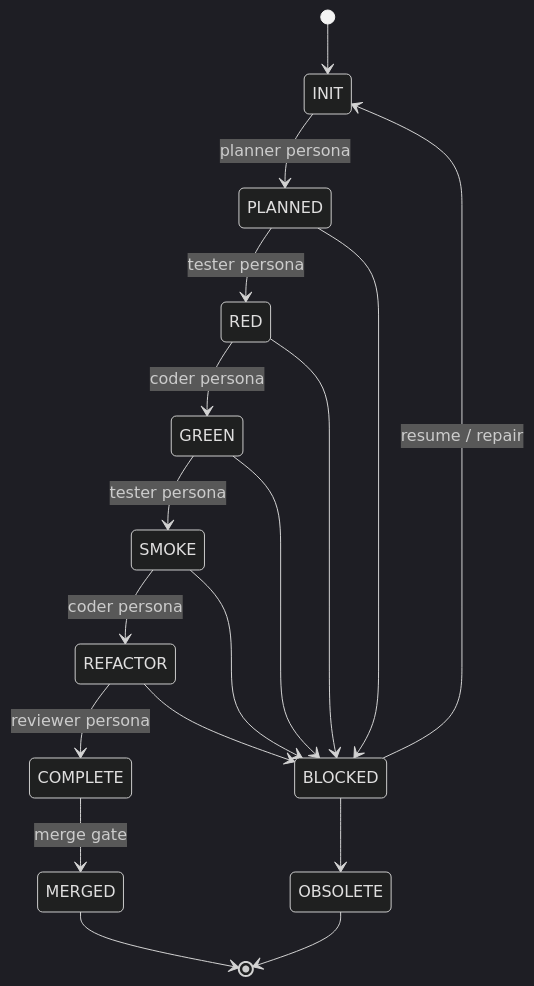
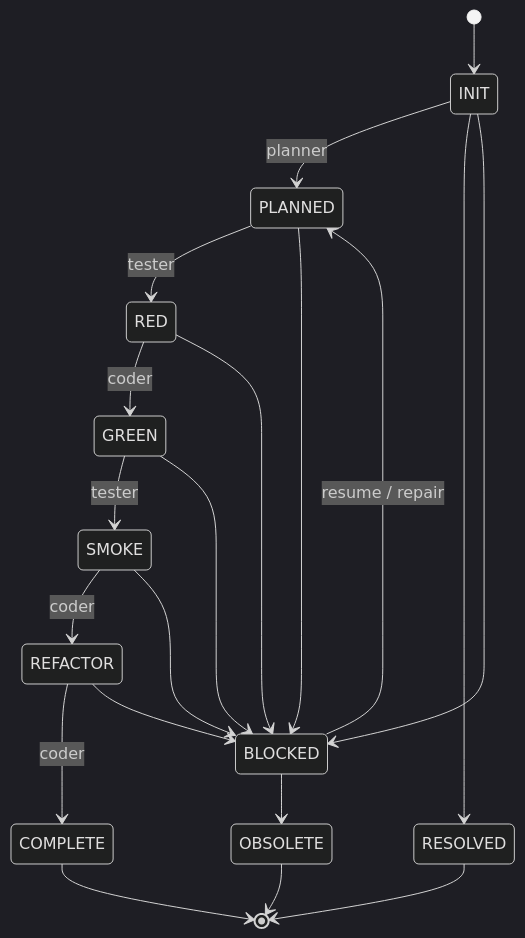
One commit to afokapu/atdd changed the diagram in README.md. Above: the diagram before and after it, drawn with Mermaid (dark theme). The commit also changed other lines of this file and 4 other files, not shown here.

````diff
--- a/README.md
+++ b/README.md
@@ -233,20 +19,22 @@
 ```mermaid
 stateDiagram-v2
     [*] --> INIT
-    INIT --> PLANNED: planner persona
-    PLANNED --> RED: tester persona
-    RED --> GREEN: coder persona
-    GREEN --> SMOKE: tester persona
-    SMOKE --> REFACTOR: coder persona
-    REFACTOR --> COMPLETE: reviewer persona
-    COMPLETE --> MERGED: merge gate
+    INIT --> PLANNED: planner
+    PLANNED --> RED: tester
+    RED --> GREEN: coder
+    GREEN --> SMOKE: tester
+    SMOKE --> REFACTOR: coder
+    REFACTOR --> COMPLETE: coder
+    INIT --> RESOLVED
+    INIT --> BLOCKED
     PLANNED --> BLOCKED
     RED --> BLOCKED
     GREEN --> BLOCKED
     SMOKE --> BLOCKED
     REFACTOR --> BLOCKED
-    BLOCKED --> INIT: resume / repair
+    BLOCKED --> PLANNED: resume / repair
     BLOCKED --> OBSOLETE
-    MERGED --> [*]
+    COMPLETE --> [*]
+    RESOLVED --> [*]
     OBSOLETE --> [*]
 ```
````
